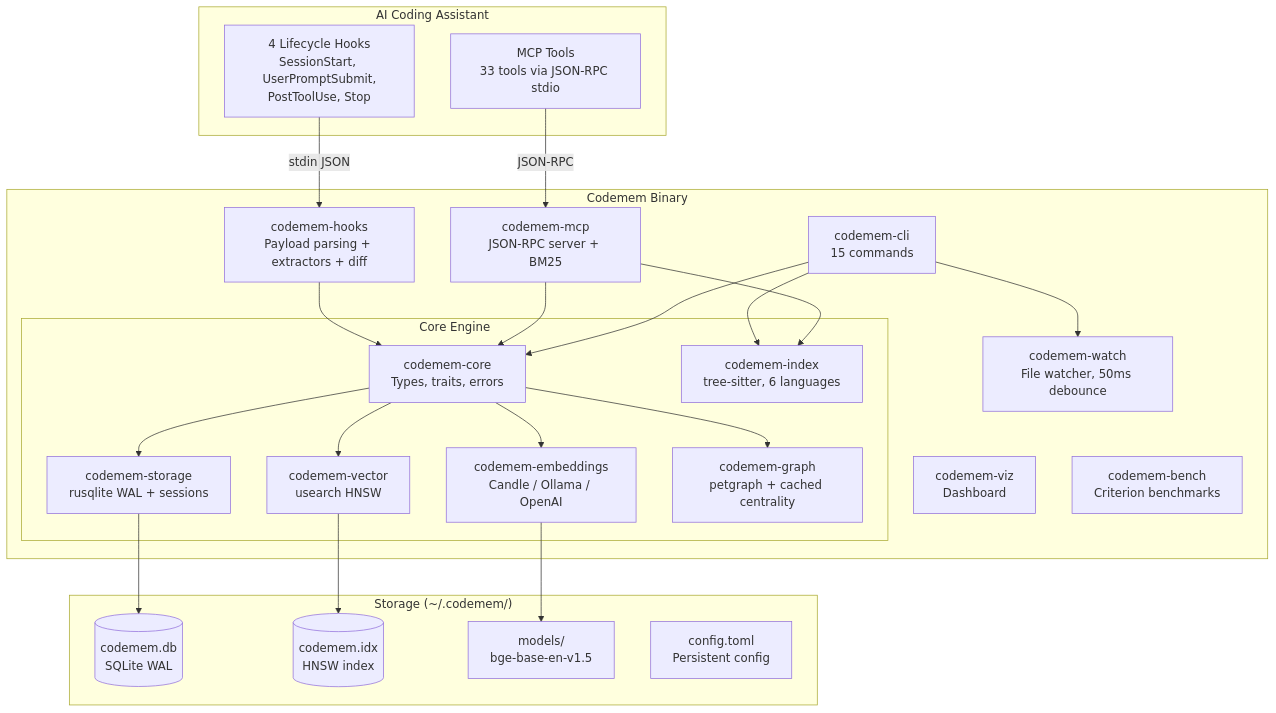
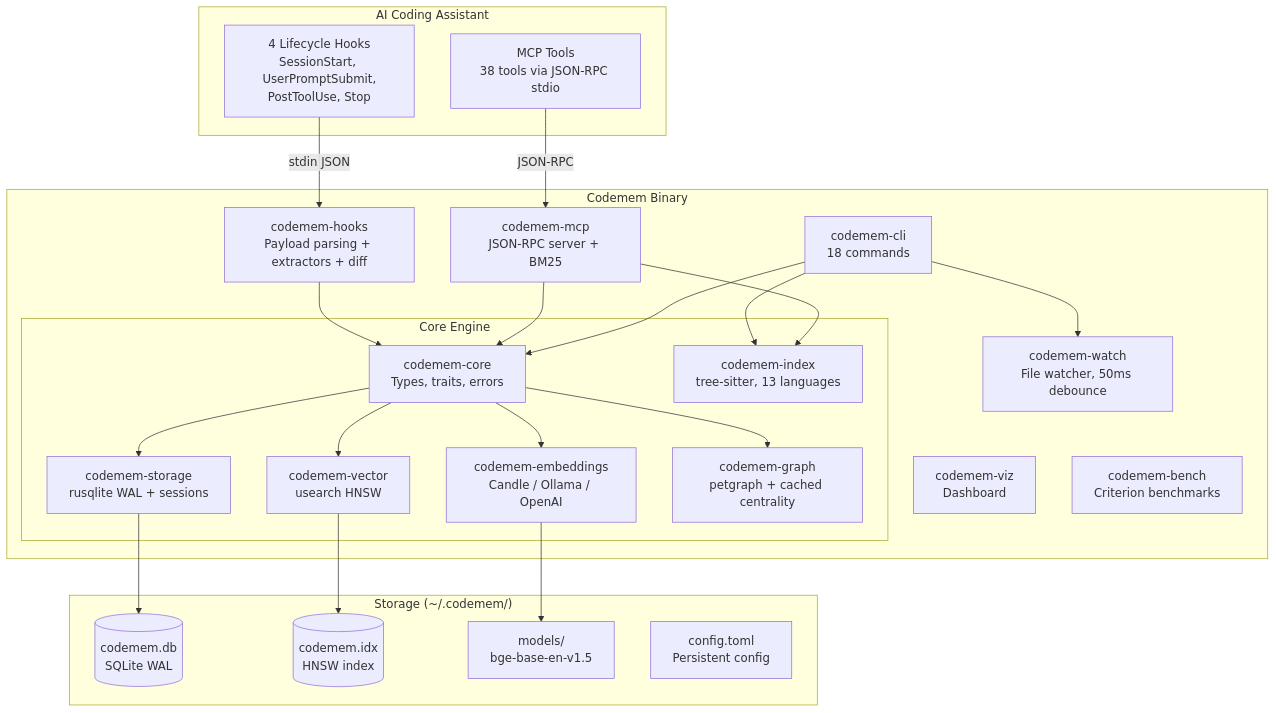
The first of 8 diagrams in docs/architecture.md (cogniplex/codemem), drawn with Mermaid before and after one commit. The commit also changed other lines of this file and 47 other files, not shown here.

First line of the commit message:
feat: v0.6.0 — 8 new language parsers, operational metrics, CLI commands, test coverage

````diff
--- a/docs/architecture.md
+++ b/docs/architecture.md
@@ -11,49 +19,49 @@
 ```mermaid
 graph TB
     subgraph "AI Coding Assistant"
         H[4 Lifecycle Hooks<br/>SessionStart, UserPromptSubmit,<br/>PostToolUse, Stop]
-        M[MCP Tools<br/>33 tools via JSON-RPC stdio]
+        M[MCP Tools<br/>38 tools via JSON-RPC stdio]
     end
 
     subgraph "Codemem Binary"
-        CLI[codemem-cli<br/>15 commands]
+        CLI[codemem-cli<br/>18 commands]
         HOOKS[codemem-hooks<br/>Payload parsing + extractors + diff]
         MCP[codemem-mcp<br/>JSON-RPC server + BM25]
         WATCH[codemem-watch<br/>File watcher, 50ms debounce]
 
         subgraph "Core Engine"
             CORE[codemem-core<br/>Types, traits, errors]
             EMB[codemem-embeddings<br/>Candle / Ollama / OpenAI]
             VEC[codemem-vector<br/>usearch HNSW]
             STORE[codemem-storage<br/>rusqlite WAL + sessions]
             GRAPH[codemem-graph<br/>petgraph + cached centrality]
-            IDX[codemem-index<br/>tree-sitter, 6 languages]
+            IDX[codemem-index<br/>tree-sitter, 13 languages]
         end
 
         VIZ[codemem-viz<br/>Dashboard]
         BENCH[codemem-bench<br/>Criterion benchmarks]
     end
 
     subgraph "Storage (~/.codemem/)"
         DB[(codemem.db<br/>SQLite WAL)]
         HNSW[(codemem.idx<br/>HNSW index)]
         MODEL[models/<br/>bge-base-en-v1.5]
         CONF[config.toml<br/>Persistent config]
     end
 
     H -->|stdin JSON| HOOKS
     M -->|JSON-RPC| MCP
     HOOKS --> CORE
     MCP --> CORE
     CLI --> CORE
     CLI --> WATCH
     CORE --> EMB
     CORE --> VEC
     CORE --> STORE
     CORE --> GRAPH
     CLI --> IDX
     MCP --> IDX
     STORE --> DB
     VEC --> HNSW
     EMB --> MODEL
 ```
````
